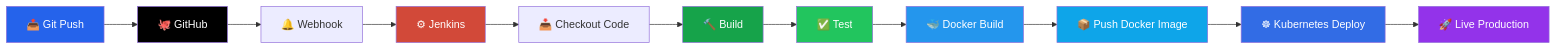
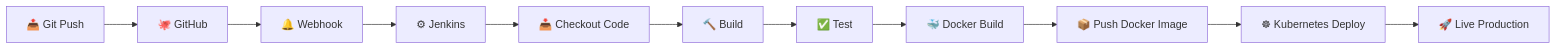
One commit to Saurav6200907210/WebMetricsX changed the fifth of 12 diagrams in README.md. Above: the diagram before and after it, drawn with Mermaid. The commit also changed other lines of this file, not shown here.

````diff
--- a/README.md
+++ b/README.md
@@ -376,55 +189,13 @@
 ```mermaid
 flowchart LR
-
-Push["📤 Git Push"]
-
-GitHub["🐙 GitHub"]
-
-Webhook["🔔 Webhook"]
-
-Jenkins["⚙ Jenkins"]
-
-Checkout["📥 Checkout Code"]
-
-Build["🔨 Build"]
-
-Test["✅ Test"]
-
-Docker["🐳 Docker Build"]
-
-PushImage["📦 Push Docker Image"]
-
-Deploy["☸ Kubernetes Deploy"]
-
-Production["🚀 Live Production"]
-
-Push --> GitHub
-
-GitHub --> Webhook
-
-Webhook --> Jenkins
-
-Jenkins --> Checkout
-
-Checkout --> Build
-
-Build --> Test
-
-Test --> Docker
-
-Docker --> PushImage
-
-PushImage --> Deploy
-
-Deploy --> Production
-
-style Push fill:#2563eb,color:#fff
-style GitHub fill:#000000,color:#fff
-style Jenkins fill:#D24939,color:#fff
-style Build fill:#16a34a,color:#fff
-style Test fill:#22c55e,color:#fff
-style Docker fill:#2496ED,color:#fff
-style PushImage fill:#0ea5e9,color:#fff
-style Deploy fill:#326CE5,color:#fff
-style Production fill:#9333ea,color:#fff
+Push["📤 Git Push"] --> GitHub["🐙 GitHub"]
+GitHub --> Webhook["🔔 Webhook"]
+Webhook --> Jenkins["⚙ Jenkins"]
+Jenkins --> Checkout["📥 Checkout Code"]
+Checkout --> Build["🔨 Build"]
+Build --> Test["✅ Test"]
+Test --> Docker["🐳 Docker Build"]
+Docker --> PushImage["📦 Push Docker Image"]
+PushImage --> Deploy["☸ Kubernetes Deploy"]
+Deploy --> Production["🚀 Live Production"]
 ```
````
